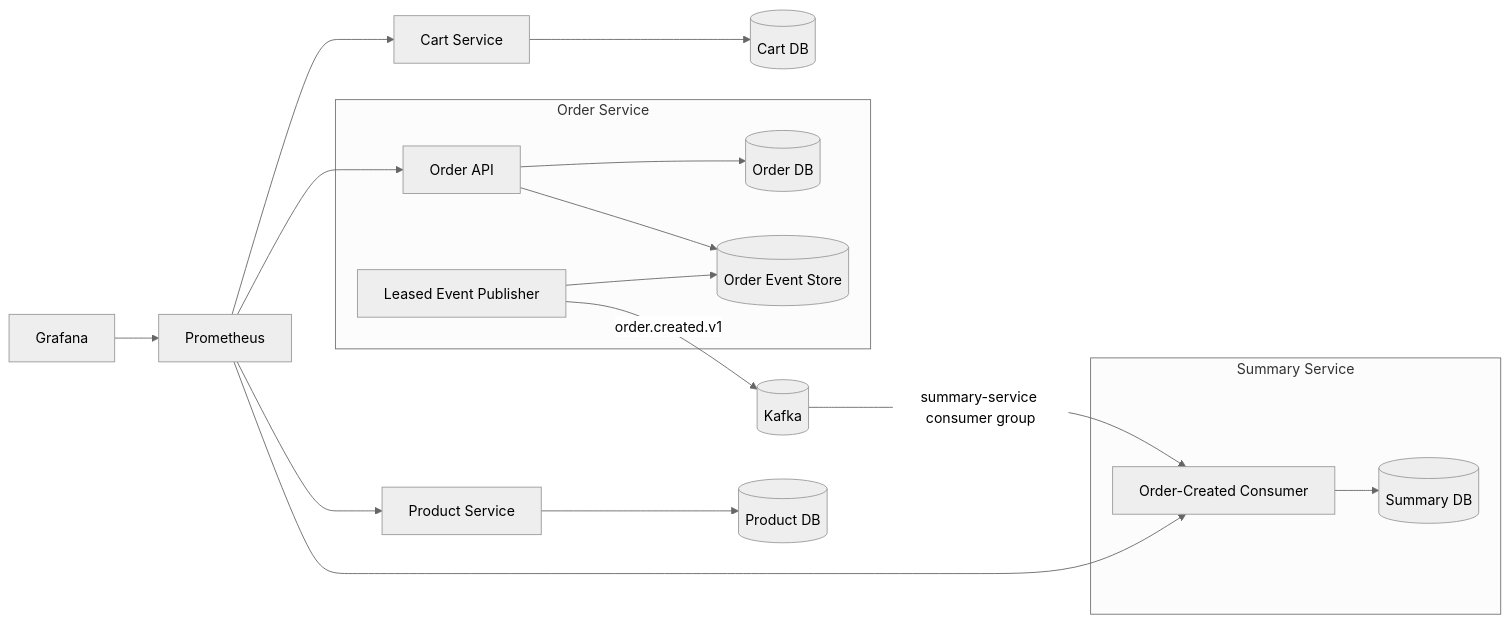
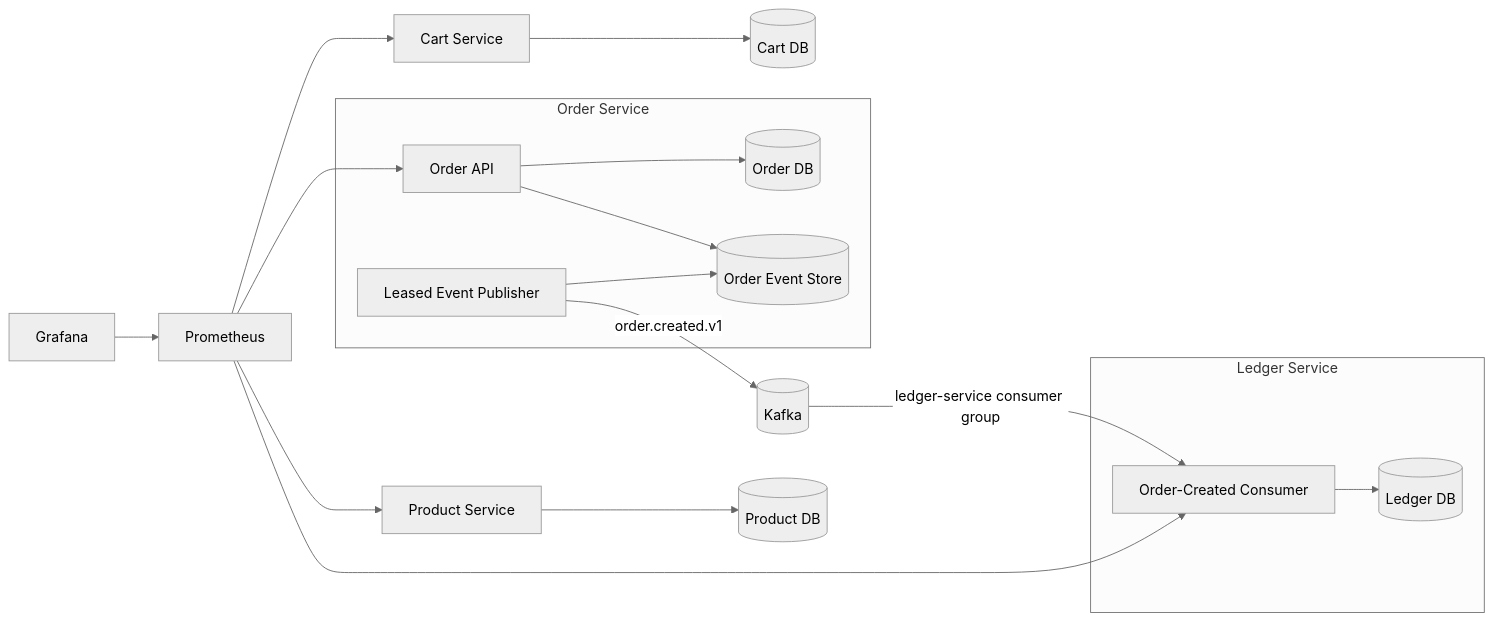
The diagram in microservices/README.md (tukue/grocery-microservices), drawn with Mermaid (neutral theme) before and after one commit. The commit also changed other lines of this file and 63 other files, not shown here.

First line of the commit message:
Feature/rename summary to ledger service (#76)

````diff
--- a/microservices/README.md
+++ b/microservices/README.md
@@ -139,24 +139,24 @@
 ```mermaid
 flowchart LR
   CartService[Cart Service] --> CartDB[(Cart DB)]
   ProductService[Product Service] --> ProductDB[(Product DB)]
 
   subgraph OrderBoundary[Order Service]
     OrderApi[Order API] --> OrderDB[(Order DB)]
     OrderApi --> EventStore[(Order Event Store)]
     EventPublisher[Leased Event Publisher] --> EventStore
   end
 
   EventPublisher -->|order.created.v1| Kafka[(Kafka)]
 
-  subgraph SummaryBoundary[Summary Service]
-    EventConsumer[Order-Created Consumer] --> SummaryDB[(Summary DB)]
+  subgraph SummaryBoundary[Ledger Service]
+    EventConsumer[Order-Created Consumer] --> SummaryDB[(Ledger DB)]
   end
 
-  Kafka -->|summary-service consumer group| EventConsumer
+  Kafka -->|ledger-service consumer group| EventConsumer
   Prometheus[Prometheus] --> CartService
   Prometheus --> OrderApi
   Prometheus --> ProductService
   Prometheus --> EventConsumer
   Grafana[Grafana] --> Prometheus
 ```
````
